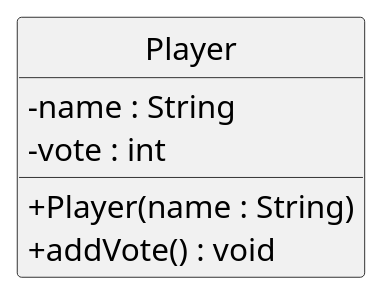
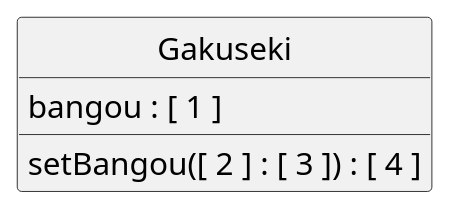
The diagram in JavaProg/src/main/java/javaprog/class_design/lv4/Lv4Q02.puml (shun-nagata/contents), drawn with PlantUML before and after one commit. The commit also changed 17 other files, not shown here.

```diff
--- a/JavaProg/src/main/java/javaprog/class_design/lv4/Lv4Q02.puml
+++ b/JavaProg/src/main/java/javaprog/class_design/lv4/Lv4Q02.puml
@@ -1,19 +1,16 @@
 @startuml
 skinparam classAttributeIconSize 0
 skinparam monochrome true
 skinparam classFontSize 18
 skinparam classFontName Menlo
 skinparam classAttributeFontSize 18
 skinparam classAttributeFontName Menlo
 skinparam shadowing false
 
 hide circle
 
-class Player {
-- name : String
-- vote : int
-+ Player(name : String)
-+ addVote() : void
+class Gakuseki {
+bangou : [ 1 ]
+setBangou([ 2 ] : [ 3 ]) : [ 4 ]
 }
-
 @enduml
```
